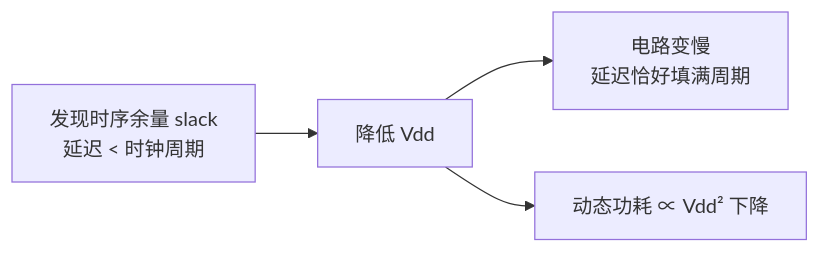
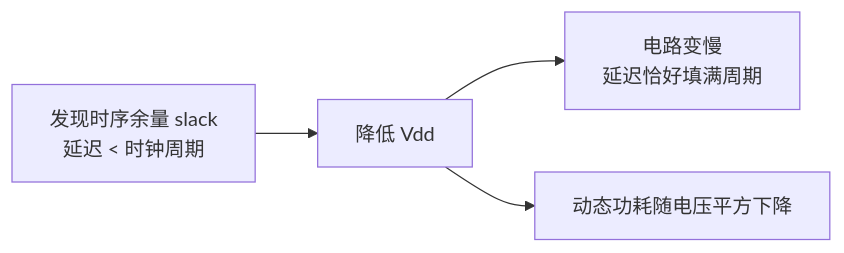
One commit to MiniYuanBot/note-buddy changed the third of 3 diagrams in computer-organization-and-architecture/output/L03/chapters/06-pipeline-design-and-performance.md. Above: the diagram before and after it, drawn with Mermaid. The commit also changed other lines of this file and 26 other files, not shown here.

````diff
--- a/computer-organization-and-architecture/output/L03/chapters/06-pipeline-design-and-performance.md
+++ b/computer-organization-and-architecture/output/L03/chapters/06-pipeline-design-and-performance.md
@@ -221,6 +227,6 @@
 ```mermaid
 flowchart LR
   A[发现时序余量 slack<br/>延迟 < 时钟周期] --> B[降低 Vdd]
   B --> C[电路变慢<br/>延迟恰好填满周期]
-  B --> D[动态功耗 ∝ Vdd² 下降]
+  B --> D[动态功耗随电压平方下降]
 ```
````
